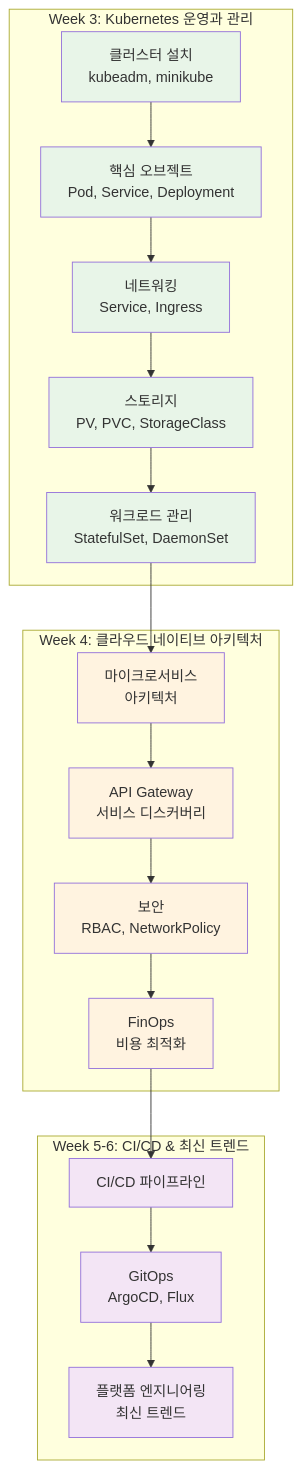
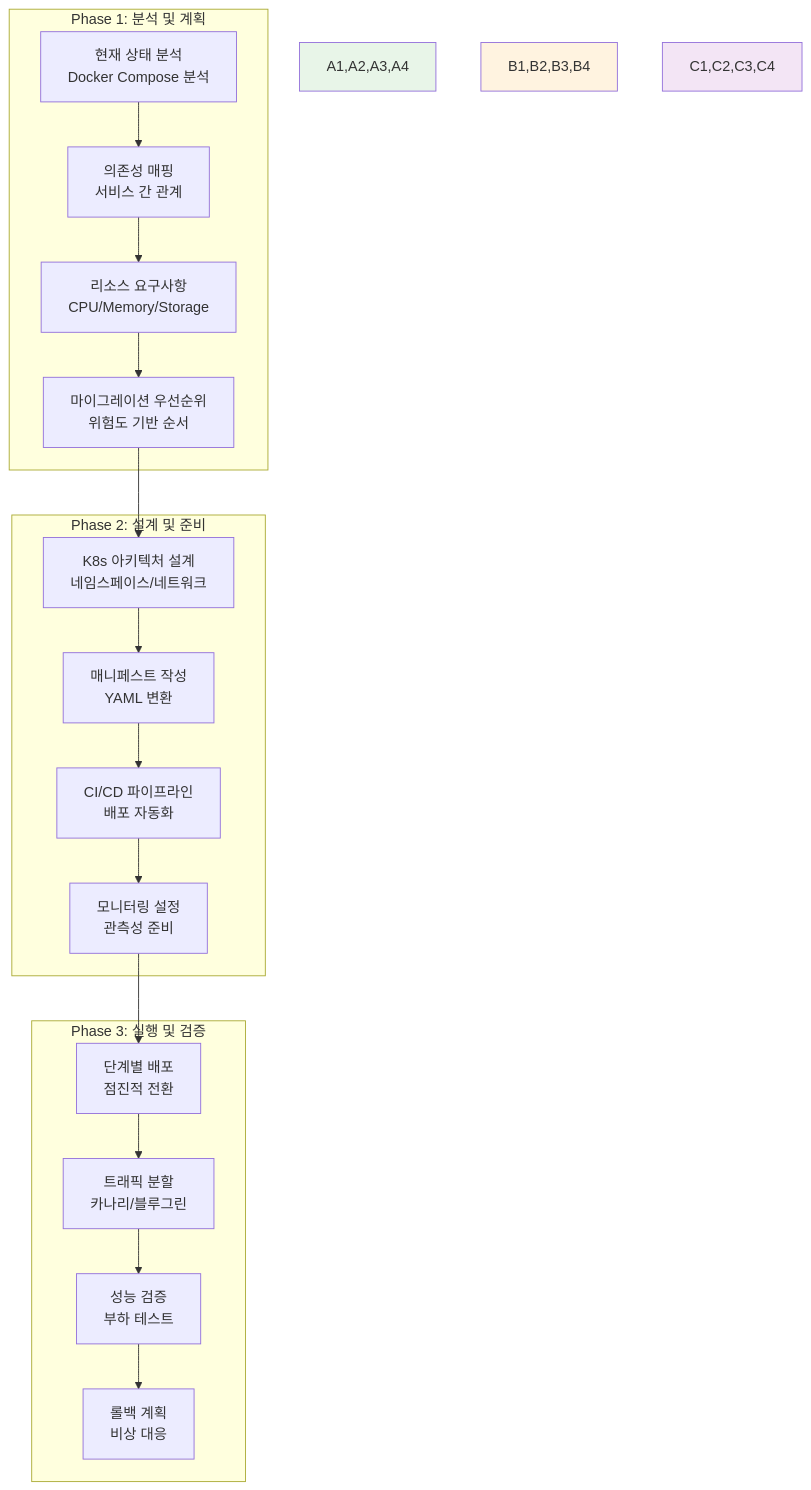
One commit to niceguy61/kdt_devops_lecture_2025 changed the second of 3 diagrams in theory/week_02/day4/session_3.md. Above: the diagram before and after it, drawn with Mermaid. The commit also changed other lines of this file and 70 other files, not shown here.

````diff
--- a/theory/week_02/day4/session_3.md
+++ b/theory/week_02/day4/session_3.md
@@ -75,36 +53,31 @@
 ```mermaid
 graph TB
-    subgraph "Week 3: Kubernetes 운영과 관리"
-        A[클러스터 설치<br/>kubeadm, minikube] --> B[핵심 오브젝트<br/>Pod, Service, Deployment]
-        B --> C[네트워킹<br/>Service, Ingress]
-        C --> D[스토리지<br/>PV, PVC, StorageClass]
-        D --> E[워크로드 관리<br/>StatefulSet, DaemonSet]
+    subgraph "Phase 1: 분석 및 계획"
+        A1[현재 상태 분석<br/>Docker Compose 분석]
+        A2[의존성 매핑<br/>서비스 간 관계]
+        A3[리소스 요구사항<br/>CPU/Memory/Storage]
+        A4[마이그레이션 우선순위<br/>위험도 기반 순서]
     end
     
-    subgraph "Week 4: 클라우드 네이티브 아키텍처"
-        F[마이크로서비스<br/>아키텍처] --> G[API Gateway<br/>서비스 디스커버리]
-        G --> H[보안<br/>RBAC, NetworkPolicy]
-        H --> I[FinOps<br/>비용 최적화]
+    subgraph "Phase 2: 설계 및 준비"
+        B1[K8s 아키텍처 설계<br/>네임스페이스/네트워크]
+        B2[매니페스트 작성<br/>YAML 변환]
+        B3[CI/CD 파이프라인<br/>배포 자동화]
+        B4[모니터링 설정<br/>관측성 준비]
     end
     
-    subgraph "Week 5-6: CI/CD & 최신 트렌드"
-        J[CI/CD 파이프라인] --> K[GitOps<br/>ArgoCD, Flux]
-        K --> L[플랫폼 엔지니어링<br/>최신 트렌드]
+    subgraph "Phase 3: 실행 및 검증"
+        C1[단계별 배포<br/>점진적 전환]
+        C2[트래픽 분할<br/>카나리/블루그린]
+        C3[성능 검증<br/>부하 테스트]
+        C4[롤백 계획<br/>비상 대응]
     end
     
-    E --> F
-    I --> J
+    A1 --> A2 --> A3 --> A4
+    A4 --> B1 --> B2 --> B3 --> B4
+    B4 --> C1 --> C2 --> C3 --> C4
     
-    style A fill:#e8f5e8
-    style B fill:#e8f5e8
-    style C fill:#e8f5e8
-    style D fill:#e8f5e8
-    style E fill:#e8f5e8
-    style F fill:#fff3e0
-    style G fill:#fff3e0
-    style H fill:#fff3e0
-    style I fill:#fff3e0
-    style J fill:#f3e5f5
-    style K fill:#f3e5f5
-    style L fill:#f3e5f5
+    style A1,A2,A3,A4 fill:#e8f5e8
+    style B1,B2,B3,B4 fill:#fff3e0
+    style C1,C2,C3,C4 fill:#f3e5f5
 ```
````
